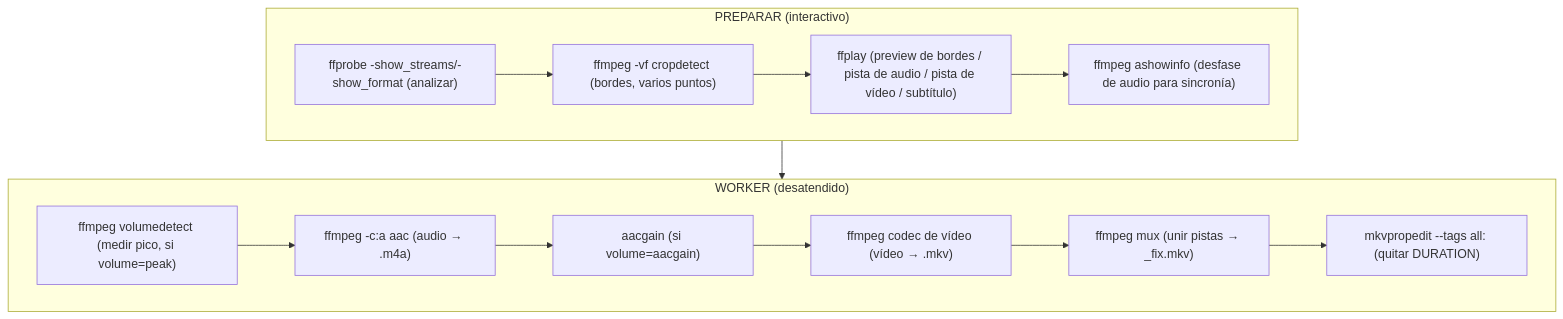
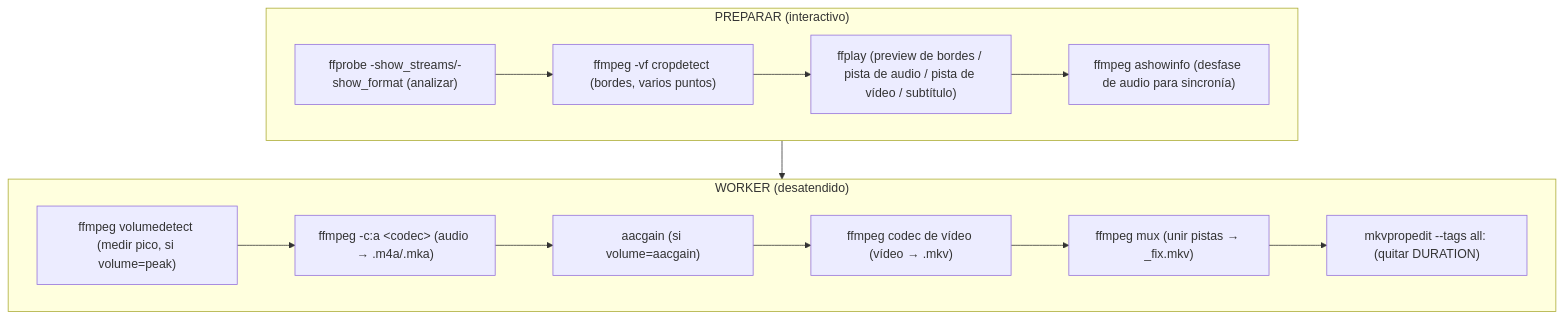
The diagram in docs/ref-comandos.md (vsc55/ConversorVideoCMD), drawn with Mermaid before and after one commit. The commit also changed other lines of this file and 21 other files, not shown here.

````diff
--- a/docs/ref-comandos.md
+++ b/docs/ref-comandos.md
@@ -7,16 +7,16 @@
 ```mermaid
 flowchart TD
     subgraph PREP["PREPARAR (interactivo)"]
       P1["ffprobe -show_streams/-show_format (analizar)"] --> P2["ffmpeg -vf cropdetect (bordes, varios puntos)"]
       P2 --> P3["ffplay (preview de bordes / pista de audio / pista de vídeo / subtítulo)"]
       P3 --> P4["ffmpeg ashowinfo (desfase de audio para sincronía)"]
     end
     subgraph WORK["WORKER (desatendido)"]
-      W1["ffmpeg volumedetect (medir pico, si volume=peak)"] --> W2["ffmpeg -c:a aac (audio → .m4a)"]
+      W1["ffmpeg volumedetect (medir pico, si volume=peak)"] --> W2["ffmpeg -c:a &lt;codec&gt; (audio → .m4a/.mka)"]
       W2 --> WA["aacgain (si volume=aacgain)"]
       WA --> W3["ffmpeg codec de vídeo (vídeo → .mkv)"]
       W3 --> W4["ffmpeg mux (unir pistas → _fix.mkv)"]
       W4 --> W5["mkvpropedit --tags all: (quitar DURATION)"]
     end
     PREP --> WORK
 ```
````
